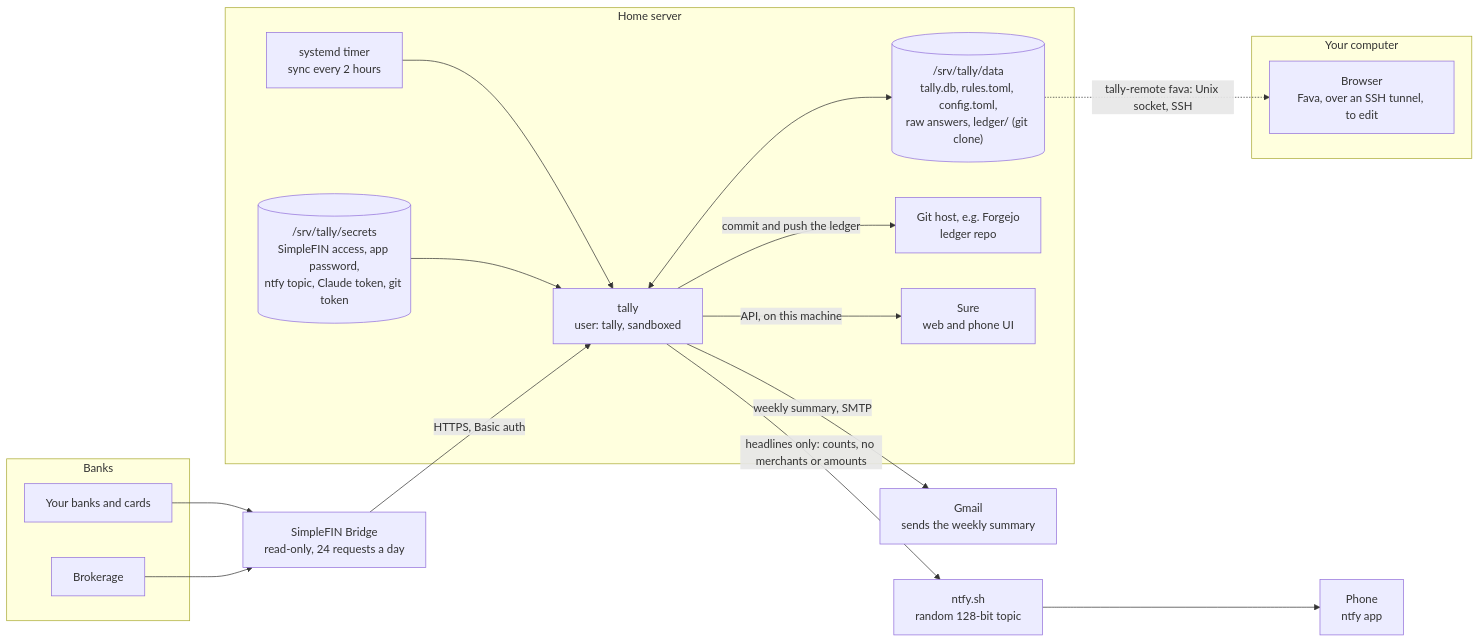
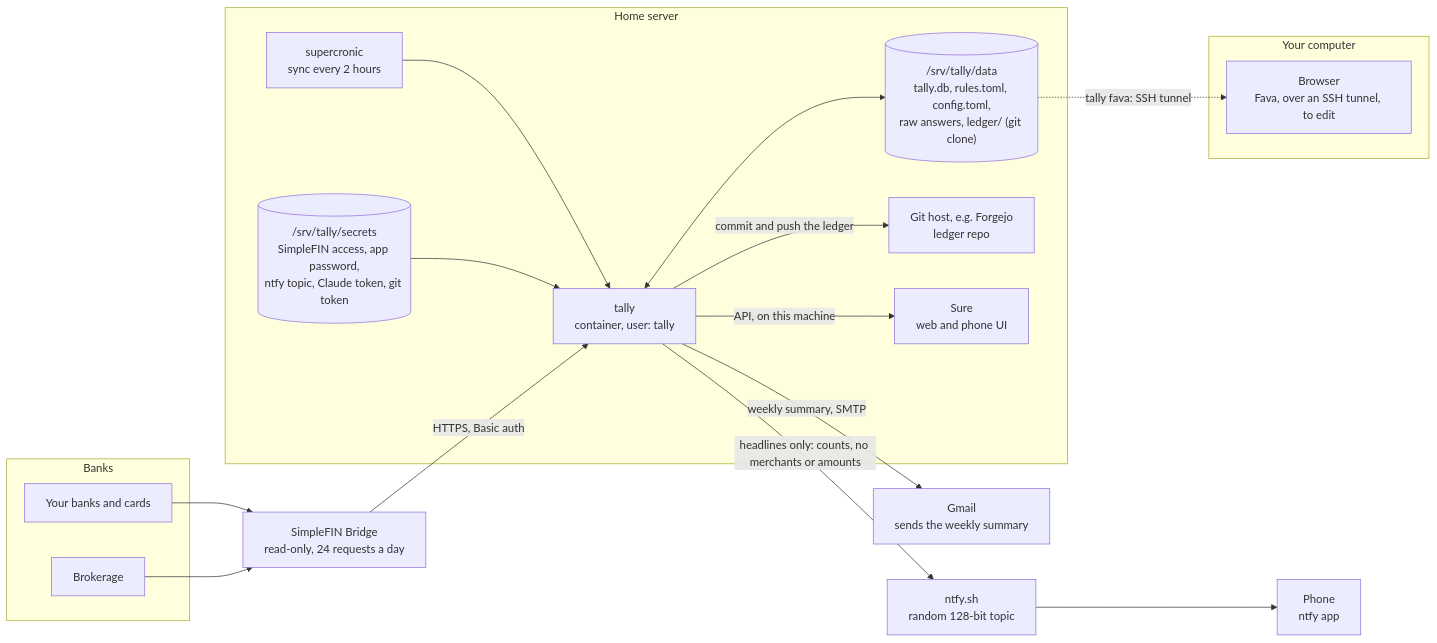
One commit to vmenon04/tally changed the first of 6 diagrams in docs/architecture.md. Above: the diagram before and after it, drawn with Mermaid. The commit also changed other lines of this file and 13 other files, not shown here.

Commit message:
Run tally on a server from its image with Docker Compose, and drop the systemd units and tally-deploy

````diff
--- a/docs/architecture.md
+++ b/docs/architecture.md
@@ -12,39 +12,39 @@
 ```mermaid
 flowchart LR
     subgraph banks["Banks"]
         bank["Your banks and cards"]
         fidelity["Brokerage"]
     end
 
     simplefin["SimpleFIN Bridge<br/>read-only, 24 requests a day"]
 
     subgraph server["Home server"]
-        timer["systemd timer<br/>sync every 2 hours"]
-        tally["tally<br/>user: tally, sandboxed"]
+        timer["supercronic<br/>sync every 2 hours"]
+        tally["tally<br/>container, user: tally"]
         data[("/srv/tally/data<br/>tally.db, rules.toml, config.toml,<br/>raw answers, ledger/ (git clone)")]
         secrets[("/srv/tally/secrets<br/>SimpleFIN access, app password,<br/>ntfy topic, Claude token, git token")]
         forgejo["Git host, e.g. Forgejo<br/>ledger repo"]
         sure["Sure<br/>web and phone UI"]
     end
 
     subgraph mac["Your computer"]
         fava_view["Browser<br/>Fava, over an SSH tunnel, to edit"]
     end
 
     gmail["Gmail<br/>sends the weekly summary"]
     ntfy["ntfy.sh<br/>random 128-bit topic"]
     phone["Phone<br/>ntfy app"]
 
     bank --> simplefin
     fidelity --> simplefin
     timer --> tally
     simplefin -- "HTTPS, Basic auth" --> tally
     tally <--> data
     secrets --> tally
     tally -- "commit and push the ledger" --> forgejo
     tally -- "API, on this machine" --> sure
-    data -. "tally-remote fava: Unix socket, SSH" .-> fava_view
+    data -. "tally fava: SSH tunnel" .-> fava_view
     tally -- "weekly summary, SMTP" --> gmail
     tally -- "headlines only: counts, no merchants or amounts" --> ntfy
     ntfy --> phone
 ```
````
